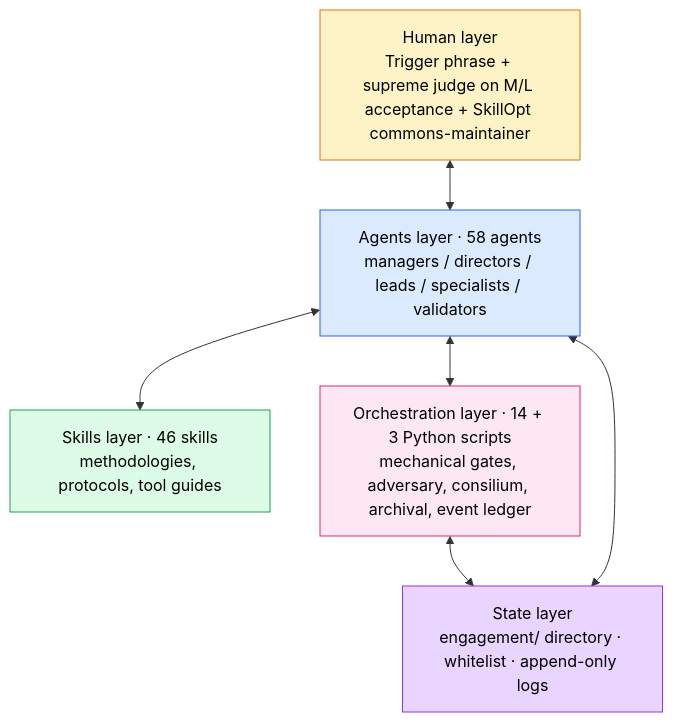
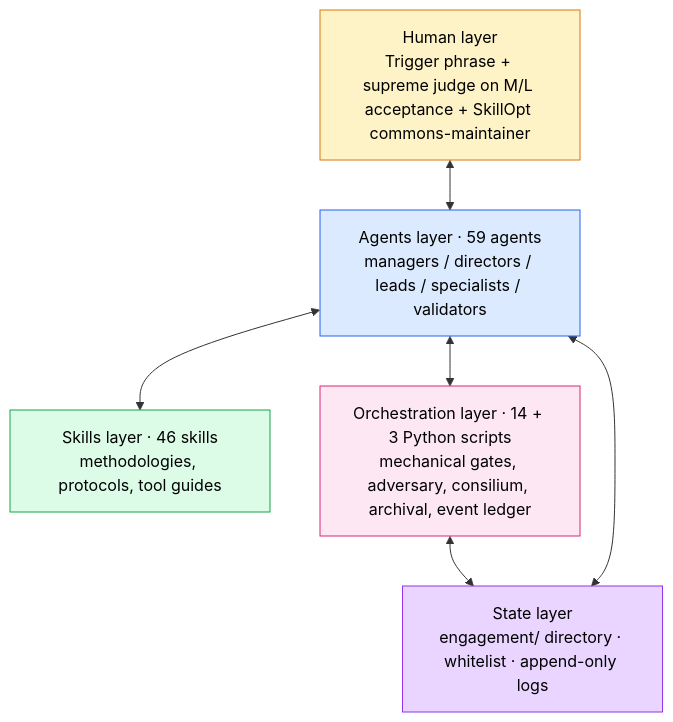
The first of 2 diagrams in README.md (AgentShekel/agentic-workflow), drawn with Mermaid before and after one commit. The commit also changed other lines of this file and 31 other files, not shown here.

````diff
--- a/README.md
+++ b/README.md
@@ -78,26 +90,26 @@
 ```mermaid
 flowchart TB
     H["Human layer<br/>Trigger phrase + supreme judge on M/L acceptance + SkillOpt commons-maintainer"]
-    A["Agents layer · 58 agents<br/>managers / directors / leads / specialists / validators"]
+    A["Agents layer · 59 agents<br/>managers / directors / leads / specialists / validators"]
     S["Skills layer · 46 skills<br/>methodologies, protocols, tool guides"]
     O["Orchestration layer · 14 + 3 Python scripts<br/>mechanical gates, adversary, consilium, archival, event ledger"]
     St["State layer<br/>engagement/ directory · whitelist · append-only logs"]
 
     H <--> A
     A <--> S
     A <--> O
     O <--> St
     A <--> St
 
     classDef human fill:#fef3c7,stroke:#d97706,color:#000
     classDef agents fill:#dbeafe,stroke:#2563eb,color:#000
     classDef skills fill:#dcfce7,stroke:#16a34a,color:#000
     classDef orch fill:#fce7f3,stroke:#db2777,color:#000
     classDef state fill:#e9d5ff,stroke:#9333ea,color:#000
 
     class H human
     class A agents
     class S skills
     class O orch
     class St state
 ```
````
